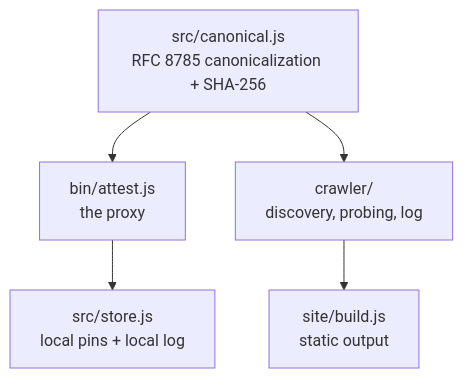
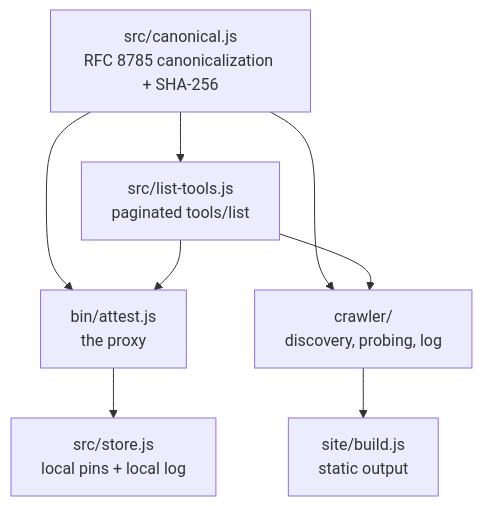
The first of 2 diagrams in docs/ARCHITECTURE.md (GautamTalksDev/mcp-pin), drawn with Mermaid before and after one commit. The commit also changed other lines of this file and 24 other files, not shown here.

````diff
--- a/docs/ARCHITECTURE.md
+++ b/docs/ARCHITECTURE.md
@@ -5,8 +5,11 @@
 ```mermaid
 flowchart TB
     CAN["src/canonical.js<br/>RFC 8785 canonicalization + SHA-256"]
     CAN --> PROXY["bin/attest.js<br/>the proxy"]
     CAN --> CRAWL["crawler/<br/>discovery, probing, log"]
+    CAN --> LIST["src/list-tools.js<br/>paginated tools/list"]
+    LIST --> PROXY
+    LIST --> CRAWL
     CRAWL --> SITE["site/build.js<br/>static output"]
     PROXY --> STORE["src/store.js<br/>local pins + local log"]
 ```
````
